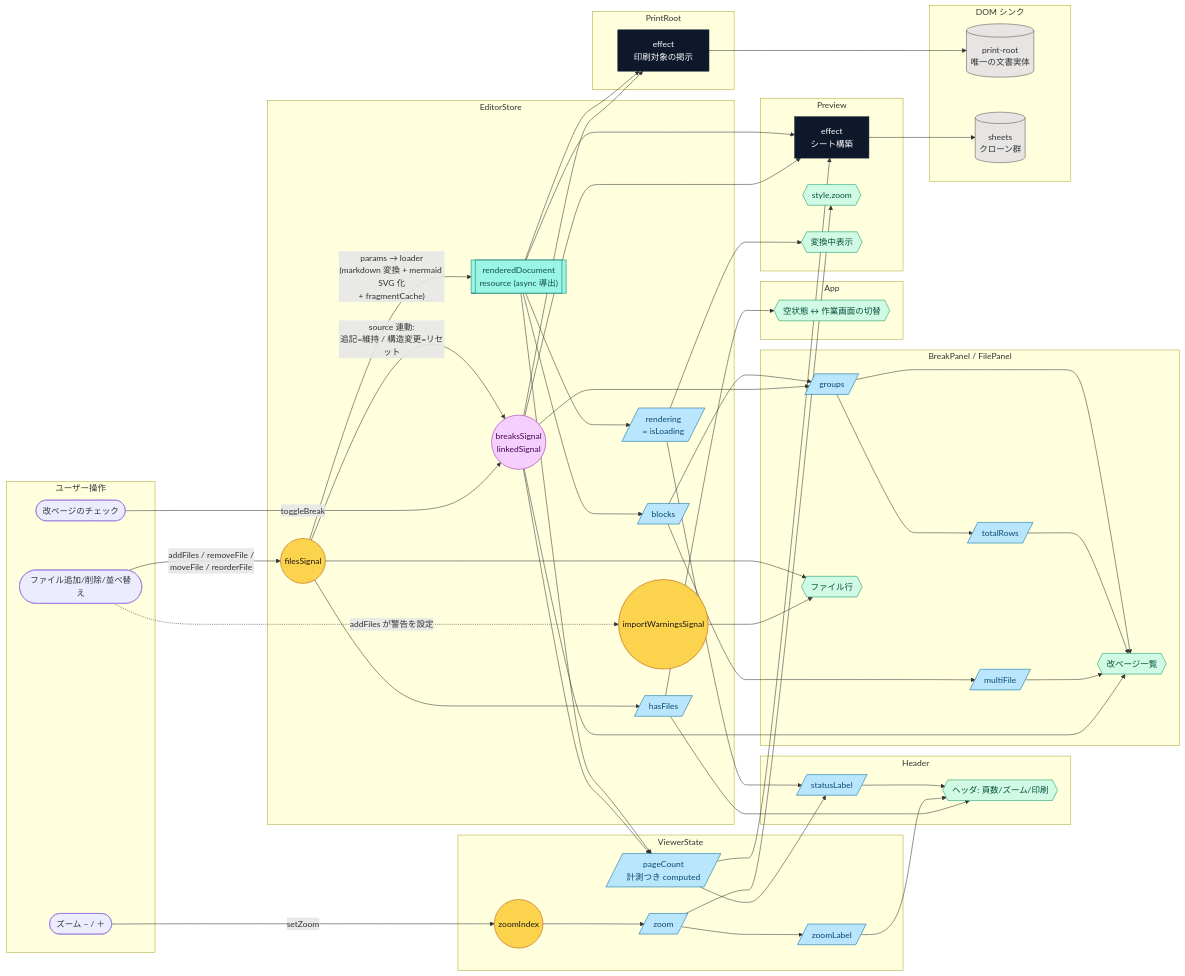
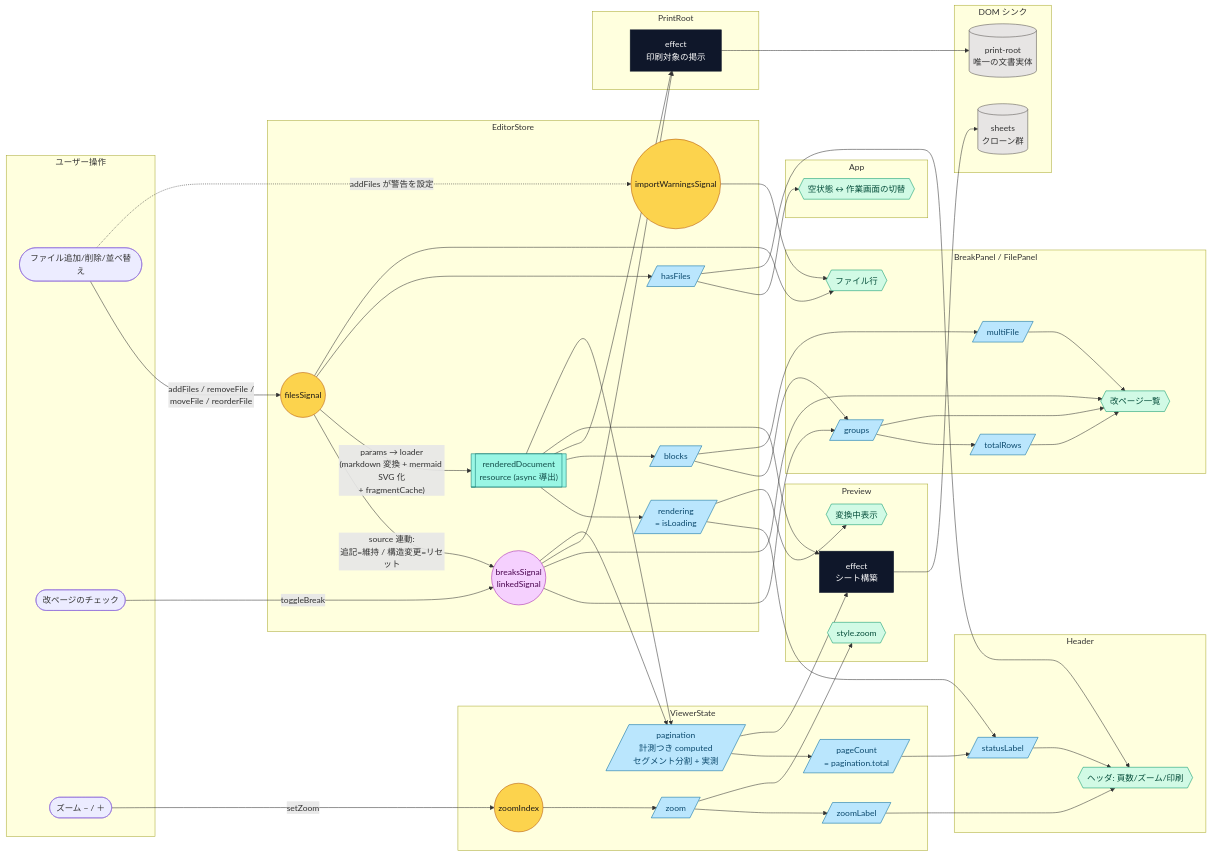
The diagram in docs/signal-graph.md (lacolaco/printmd), drawn with Mermaid before and after one commit. The commit also changed other lines of this file and 11 other files, not shown here.

```diff
--- a/docs/signal-graph.md
+++ b/docs/signal-graph.md
@@ -28,7 +28,8 @@
 
   subgraph Viewer["ViewerState"]
     V1((zoomIndex))
-    V2[/pageCount<br/>計測つき computed/]
+    V3[/pagination<br/>計測つき computed<br/>セグメント分割 + 実測/]
+    V2[/pageCount<br/>= pagination.total/]
     VC1[/zoom/]
     VC2[/zoomLabel/]
   end
@@ -94,11 +95,11 @@
   AE1 --> D1
 
   S4 --> PE1
-  S2 --> PE1
   PE1 --> D2
-  S4 --> V2
-  S2 --> V2
-  V2 --> PE1
+  S4 --> V3
+  S2 --> V3
+  V3 --> V2
+  V3 --> PE1
 
   V1 --> VC1
   VC1 --> VC2
@@ -121,7 +122,7 @@
   class S4 res
 
   class S2 linked
-  class C1,C2,S3,VC1,VC2,HC1,BC1,BC2,BC3,V2 comp
+  class C1,C2,S3,VC1,VC2,HC1,BC1,BC2,BC3,V2,V3 comp
   class AE1,PE1 eff
   class T1,T2,T3,T4,T5,T6 tmpl
   class D1,D2 dom
```
